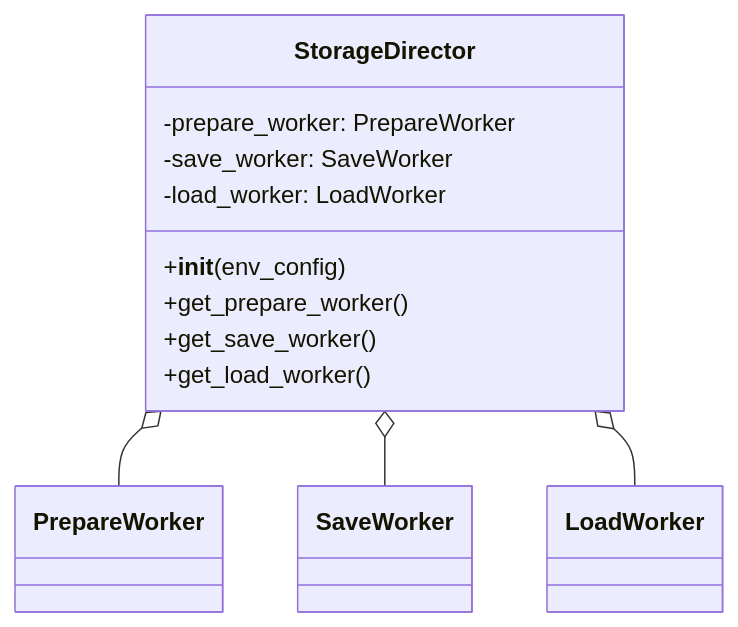
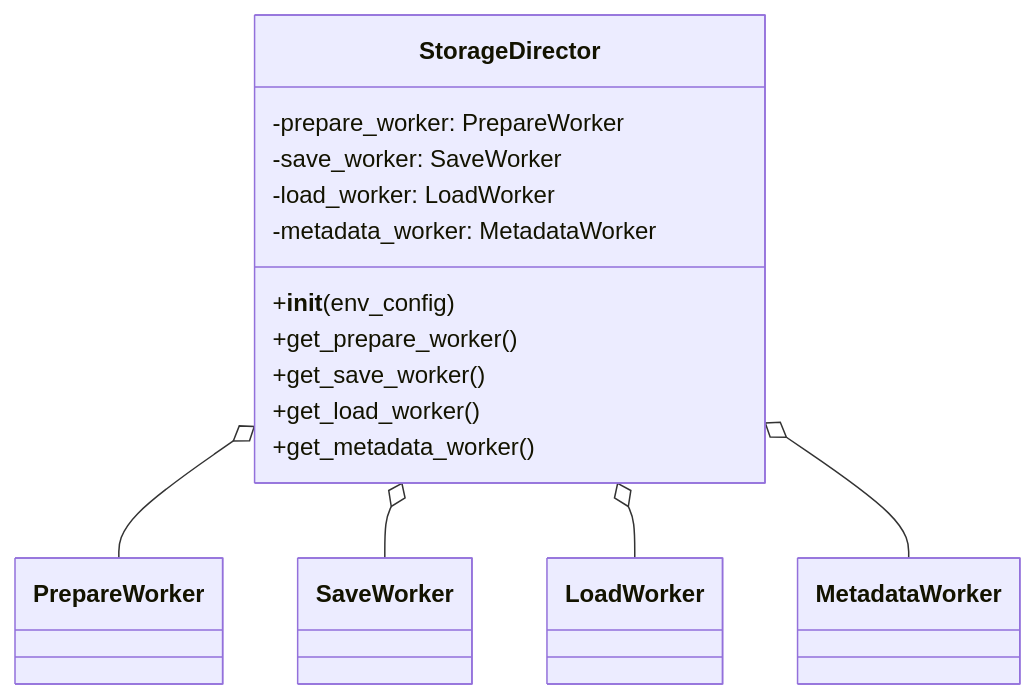
The fourth of 12 diagrams in packages/financial-assets/financial_assets/candle/Architecture.md (gatesplan/python-toolbox), drawn with Mermaid before and after one commit. The commit also changed other lines of this file and 11 other files, not shown here.

````diff
--- a/packages/financial-assets/financial_assets/candle/Architecture.md
+++ b/packages/financial-assets/financial_assets/candle/Architecture.md
@@ -236,19 +256,23 @@
 ```mermaid
 classDiagram
     class StorageDirector {
         -prepare_worker: PrepareWorker
         -save_worker: SaveWorker
         -load_worker: LoadWorker
+        -metadata_worker: MetadataWorker
         +__init__(env_config)
         +get_prepare_worker()
         +get_save_worker()
         +get_load_worker()
+        +get_metadata_worker()
     }
     class PrepareWorker
     class SaveWorker
     class LoadWorker
+    class MetadataWorker
 
     StorageDirector o-- PrepareWorker
     StorageDirector o-- SaveWorker
     StorageDirector o-- LoadWorker
+    StorageDirector o-- MetadataWorker
 ```
````
